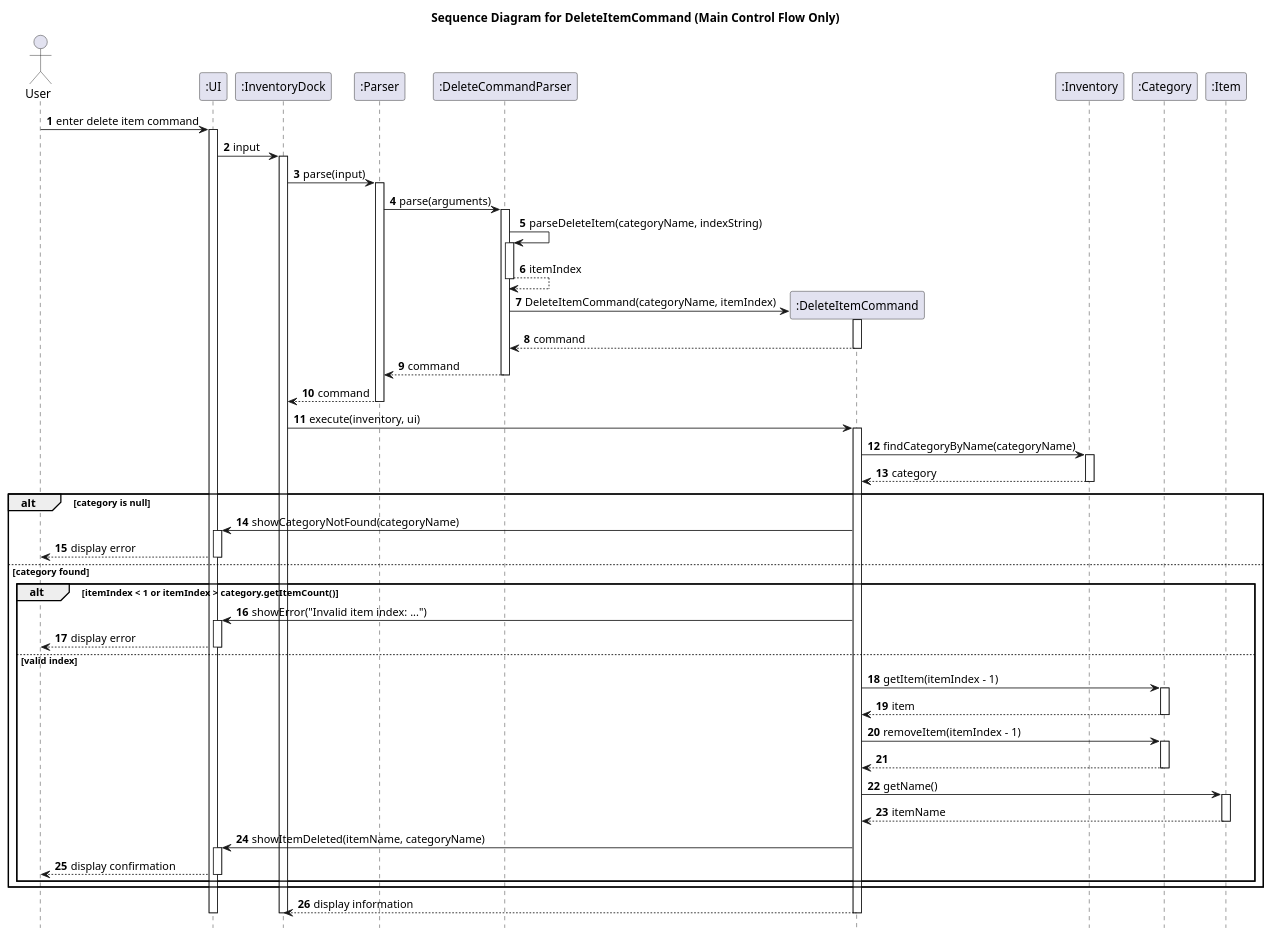
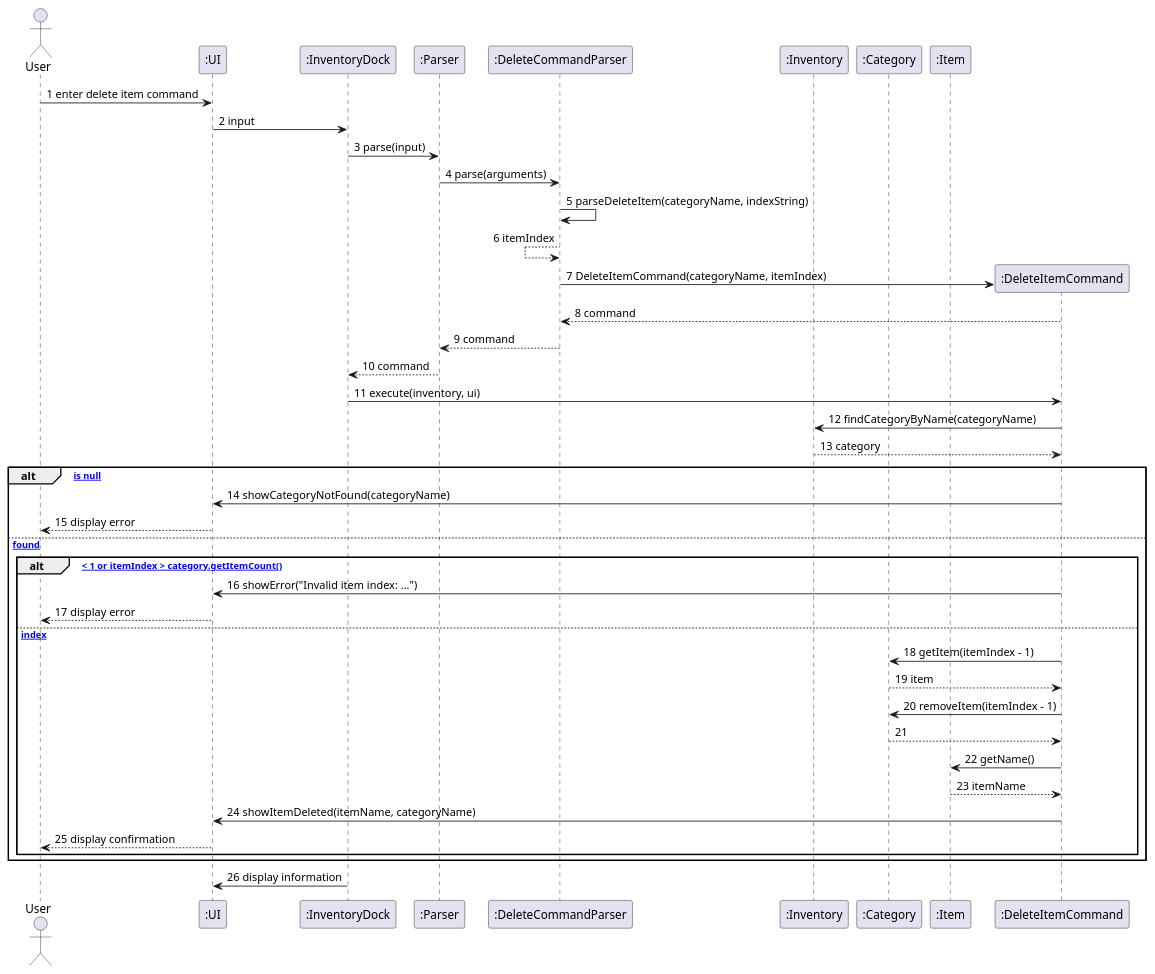
One commit to KOIiiii07/tp changed the diagram in docs/diagrams/sequence/DeleteItemCommandMainFlow.puml. Above: the diagram before and after it, drawn with PlantUML. The commit also changed other lines of this file and 10 other files, not shown here.

Commit message:
- Corrected DG (Find item by keyword, DeleteItemCommandMainFlow.puml, DeleteCategoryCommandMainFlow.puml)

```diff
--- a/docs/diagrams/sequence/DeleteItemCommandMainFlow.puml
+++ b/docs/diagrams/sequence/DeleteItemCommandMainFlow.puml
@@ -1,87 +1,49 @@
-@startuml
-title Sequence Diagram for DeleteItemCommand (Main Control Flow Only)
-
-autonumber
-hide footbox
-
+@startuml Sequence Diagram for DeleteItemCommand
 actor User
 participant ":UI" as UI
 participant ":InventoryDock" as InventoryDock
 participant ":Parser" as Parser
 participant ":DeleteCommandParser" as DeleteCommandParser
-participant ":DeleteItemCommand" as DeleteItemCommand
 participant ":Inventory" as Inventory
 participant ":Category" as Category
 participant ":Item" as Item
 
-User -> UI: enter delete item command
-activate UI
-UI -> InventoryDock: input
-activate InventoryDock
-InventoryDock -> Parser: parse(input)
-activate Parser
+User -> UI : 1 enter delete item command
+UI -> InventoryDock : 2 input
+InventoryDock -> Parser : 3 parse(input)
+Parser -> DeleteCommandParser : 4 parse(arguments)
+DeleteCommandParser -> DeleteCommandParser : 5 parseDeleteItem(categoryName, indexString)
+DeleteCommandParser <-- DeleteCommandParser : 6 itemIndex
+create ":DeleteItemCommand" as DeleteItemCommand
+DeleteCommandParser -> DeleteItemCommand : 7 DeleteItemCommand(categoryName, itemIndex)
+DeleteCommandParser <-- DeleteItemCommand : 8 command
+Parser <-- DeleteCommandParser : 9 command
+InventoryDock <-- Parser : 10 command
+InventoryDock -> DeleteItemCommand : 11 execute(inventory, ui)
+DeleteItemCommand -> Inventory : 12 findCategoryByName(categoryName)
+DeleteItemCommand <-- Inventory : 13 category
 
-Parser -> DeleteCommandParser: parse(arguments)
-activate DeleteCommandParser
+alt [category is null]
+    DeleteItemCommand -> UI : 14 showCategoryNotFound(categoryName)
+    UI --> User : 15 display error
 
-DeleteCommandParser -> DeleteCommandParser: parseDeleteItem(categoryName, indexString)
-activate DeleteCommandParser
-DeleteCommandParser --> DeleteCommandParser: itemIndex
-deactivate DeleteCommandParser
+else [category found]
+    alt [itemIndex < 1 or itemIndex > category.getItemCount()]
+        DeleteItemCommand -> UI : 16 showError("Invalid item index: ...")
+        UI --> User : 17 display error
 
-create DeleteItemCommand
-DeleteCommandParser -> DeleteItemCommand: DeleteItemCommand(categoryName, itemIndex)
-activate DeleteItemCommand
-DeleteItemCommand --> DeleteCommandParser: command
-deactivate DeleteItemCommand
-DeleteCommandParser --> Parser: command
-deactivate DeleteCommandParser
-Parser --> InventoryDock: command
-deactivate Parser
-
-InventoryDock -> DeleteItemCommand: execute(inventory, ui)
-activate DeleteItemCommand
-DeleteItemCommand -> Inventory: findCategoryByName(categoryName)
-activate Inventory
-Inventory --> DeleteItemCommand: category
-deactivate Inventory
-
-alt category is null
-    DeleteItemCommand -> UI: showCategoryNotFound(categoryName)
-    activate UI
-    UI --> User: display error
-    deactivate UI
-else category found
-    alt itemIndex < 1 or itemIndex > category.getItemCount()
-        DeleteItemCommand -> UI: showError("Invalid item index: ...")
-        activate UI
-        UI --> User: display error
-        deactivate UI
-    else valid index
-        DeleteItemCommand -> Category: getItem(itemIndex - 1)
-        activate Category
-        Category --> DeleteItemCommand: item
-        deactivate Category
-
-        DeleteItemCommand -> Category: removeItem(itemIndex - 1)
-        activate Category
-        Category --> DeleteItemCommand
-        deactivate Category
-
-        DeleteItemCommand -> Item: getName()
-        activate Item
-        Item --> DeleteItemCommand: itemName
-        deactivate Item
-
-        DeleteItemCommand -> UI: showItemDeleted(itemName, categoryName)
-        activate UI
-        UI --> User: display confirmation
-        deactivate UI
+    else [valid index]
+        DeleteItemCommand -> Category : 18 getItem(itemIndex - 1)
+        DeleteItemCommand <-- Category : 19 item
+        DeleteItemCommand -> Category : 20 removeItem(itemIndex - 1)
+        DeleteItemCommand <-- Category : 21
+        DeleteItemCommand -> Item : 22 getName()
+        DeleteItemCommand <-- Item : 23 itemName
+        DeleteItemCommand -> UI : 24 showItemDeleted(itemName, categoryName)
+        UI --> User : 25 display confirmation
     end
 end
 
-DeleteItemCommand --> InventoryDock: display information
-deactivate DeleteItemCommand
-deactivate InventoryDock
-deactivate UI
+InventoryDock -> UI : 26 display information
+
 @enduml
```
